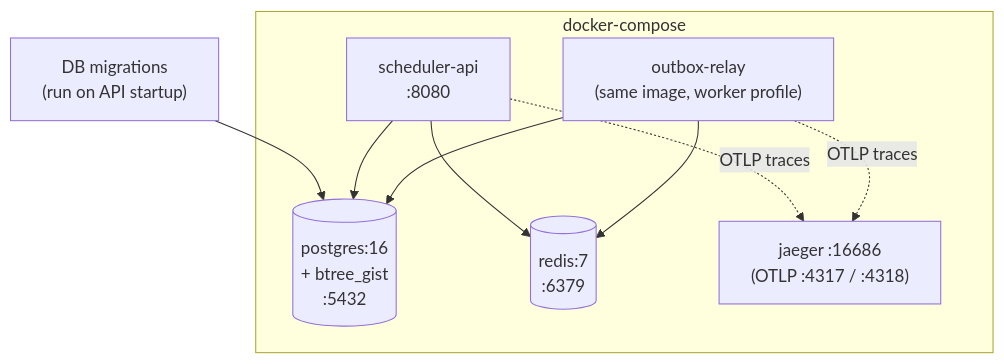
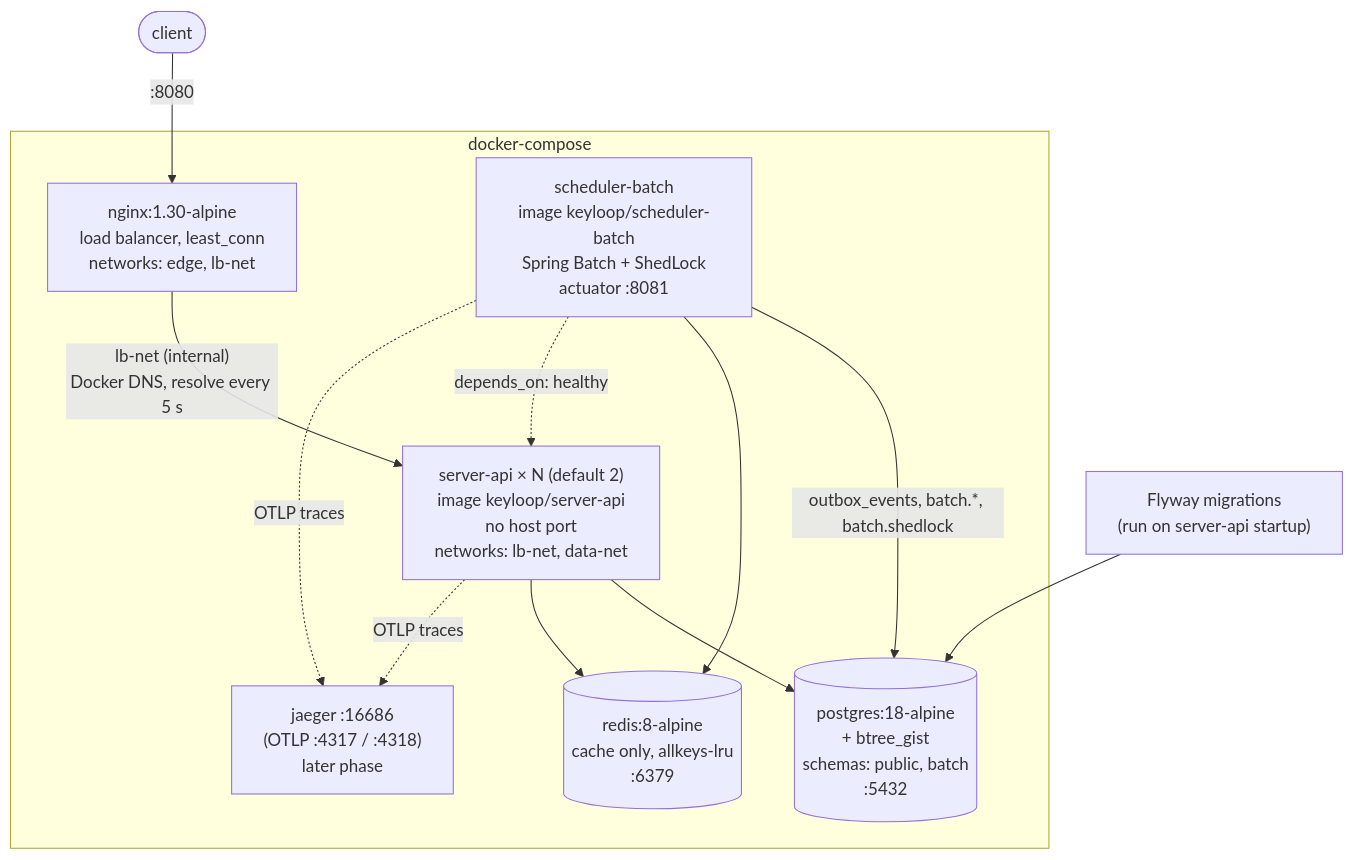
The diagram in docs/diagrams/dld/13-deployment.mermaid (Rubynam/keyloop), drawn with Mermaid before and after one commit. The commit also changed 35 other files, not shown here.

First line of the commit message:
feat: scaffold server-api/scheduler-batch and add nginx load balancer

```diff
--- a/docs/diagrams/dld/13-deployment.mermaid
+++ b/docs/diagrams/dld/13-deployment.mermaid
@@ -1,15 +1,19 @@
 flowchart TB
+    CLIENT(["client"]) -->|":8080"| NGX
     subgraph DC["docker-compose"]
-        API["scheduler-api<br/>:8080"]
-        RELAY["outbox-relay<br/>(same image, worker profile)"]
-        PG[("postgres:16<br/>+ btree_gist<br/>:5432")]
-        RD[("redis:7<br/>:6379")]
-        JAE["jaeger :16686<br/>(OTLP :4317 / :4318)"]
+        NGX["nginx:1.30-alpine<br/>load balancer, least_conn<br/>networks: edge, lb-net"]
+        API["server-api × N (default 2)<br/>image keyloop/server-api<br/>no host port<br/>networks: lb-net, data-net"]
+        BATCH["scheduler-batch<br/>image keyloop/scheduler-batch<br/>Spring Batch + ShedLock<br/>actuator :8081"]
+        PG[("postgres:18-alpine<br/>+ btree_gist<br/>schemas: public, batch<br/>:5432")]
+        RD[("redis:8-alpine<br/>cache only, allkeys-lru<br/>:6379")]
+        JAE["jaeger :16686<br/>(OTLP :4317 / :4318)<br/>later phase"]
     end
-    MIG["DB migrations<br/>(run on API startup)"] --> PG
+    MIG["Flyway migrations<br/>(run on server-api startup)"] --> PG
+    NGX -->|"lb-net (internal)<br/>Docker DNS, resolve every 5 s"| API
     API --> PG
     API --> RD
-    RELAY --> PG
-    RELAY --> RD
+    BATCH -->|"outbox_events, batch.*, batch.shedlock"| PG
+    BATCH --> RD
+    BATCH -.->|"depends_on: healthy"| API
     API -.->|"OTLP traces"| JAE
-    RELAY -.->|"OTLP traces"| JAE
+    BATCH -.->|"OTLP traces"| JAE
```
